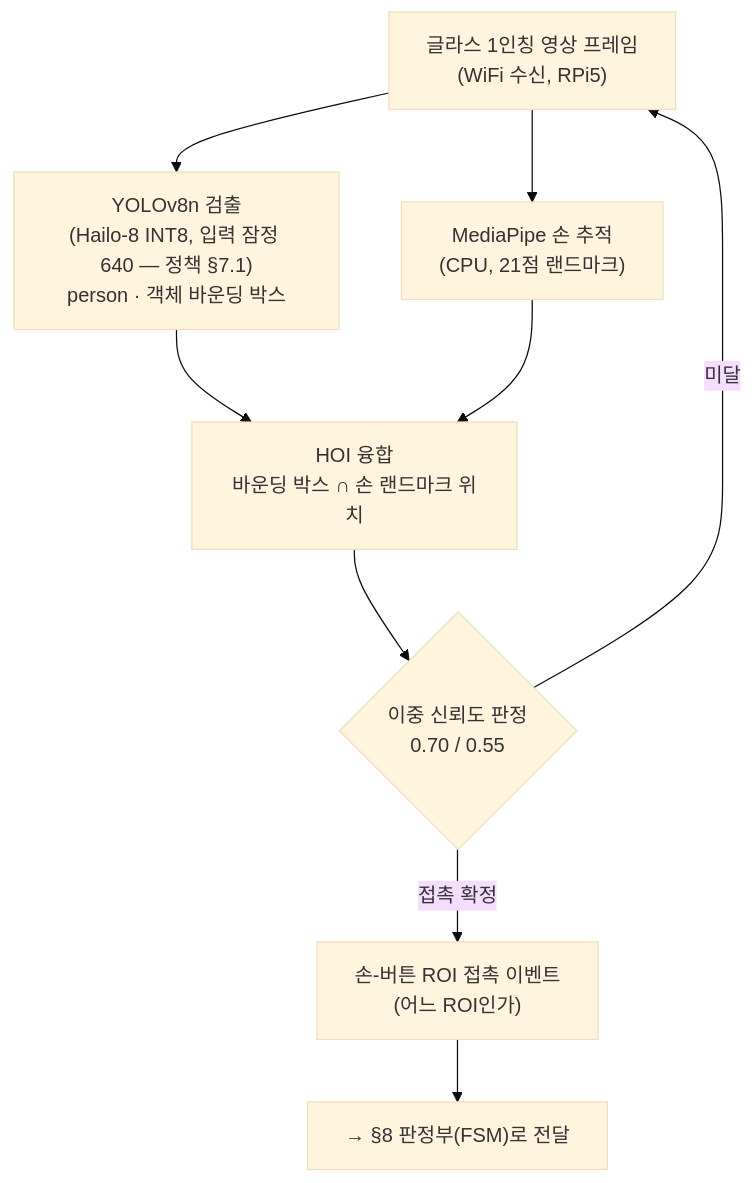
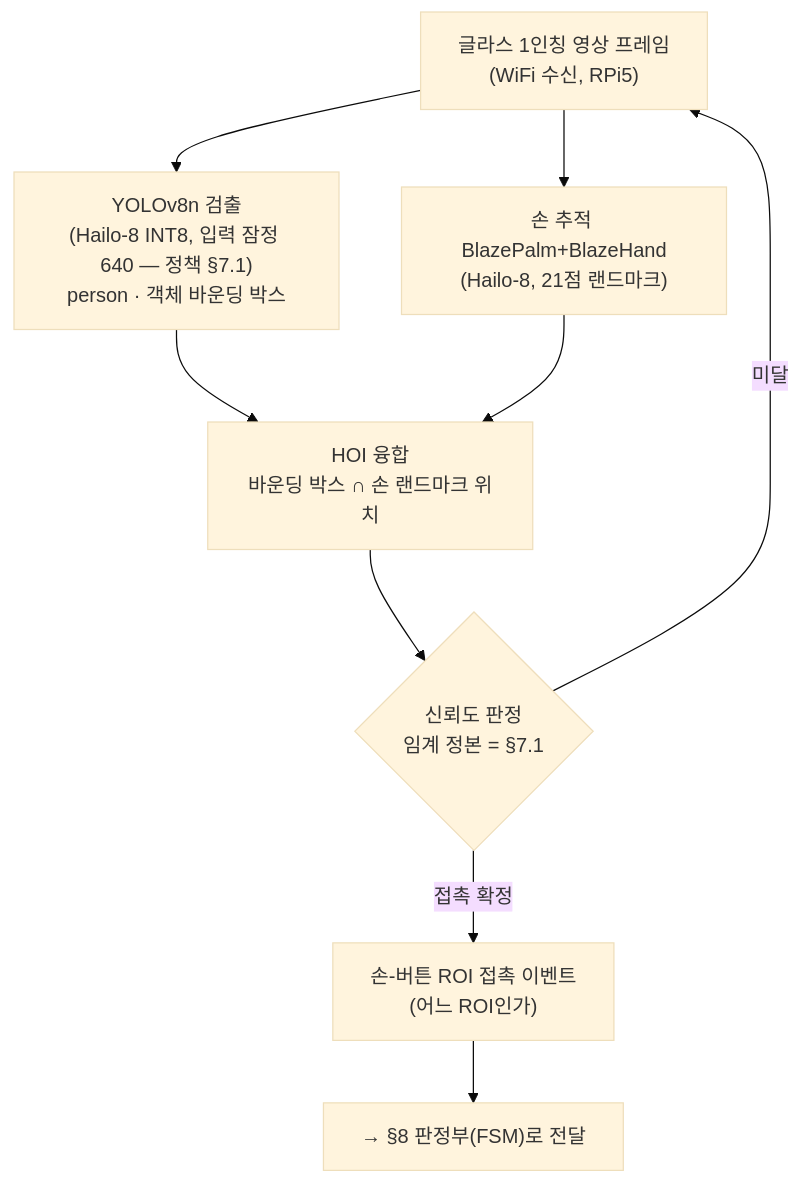
Before and after one commit to kimem9859-arch/sop-project: the third of 6 diagrams in docs/통합수행설계문서_전체_섹션1-15.md, drawn with Mermaid (base theme). The commit also changed other lines of this file and 2 other files, not shown here.

````diff
--- a/docs/통합수행설계문서_전체_섹션1-15.md
+++ b/docs/통합수행설계문서_전체_섹션1-15.md
@@ -335,11 +361,11 @@
 ```mermaid
 flowchart TD
     F0["글라스 1인칭 영상 프레임<br/>(WiFi 수신, RPi5)"] --> F1["YOLOv8n 검출<br/>(Hailo-8 INT8, 입력 잠정 640 — 정책 §7.1)<br/>person · 객체 바운딩 박스"]
-    F0 --> F2["MediaPipe 손 추적<br/>(CPU, 21점 랜드마크)"]
+    F0 --> F2["손 추적 BlazePalm+BlazeHand<br/>(Hailo-8, 21점 랜드마크)"]
     F1 --> F3["HOI 융합<br/>바운딩 박스 ∩ 손 랜드마크 위치"]
     F2 --> F3
-    F3 --> F4{"이중 신뢰도 판정<br/>0.70 / 0.55"}
+    F3 --> F4{"신뢰도 판정<br/>임계 정본 = §7.1"}
     F4 -->|접촉 확정| F5["손-버튼 ROI 접촉 이벤트<br/>(어느 ROI인가)"]
     F4 -->|미달| F0
     F5 --> OUT["→ §8 판정부(FSM)로 전달"]
 ```
````
